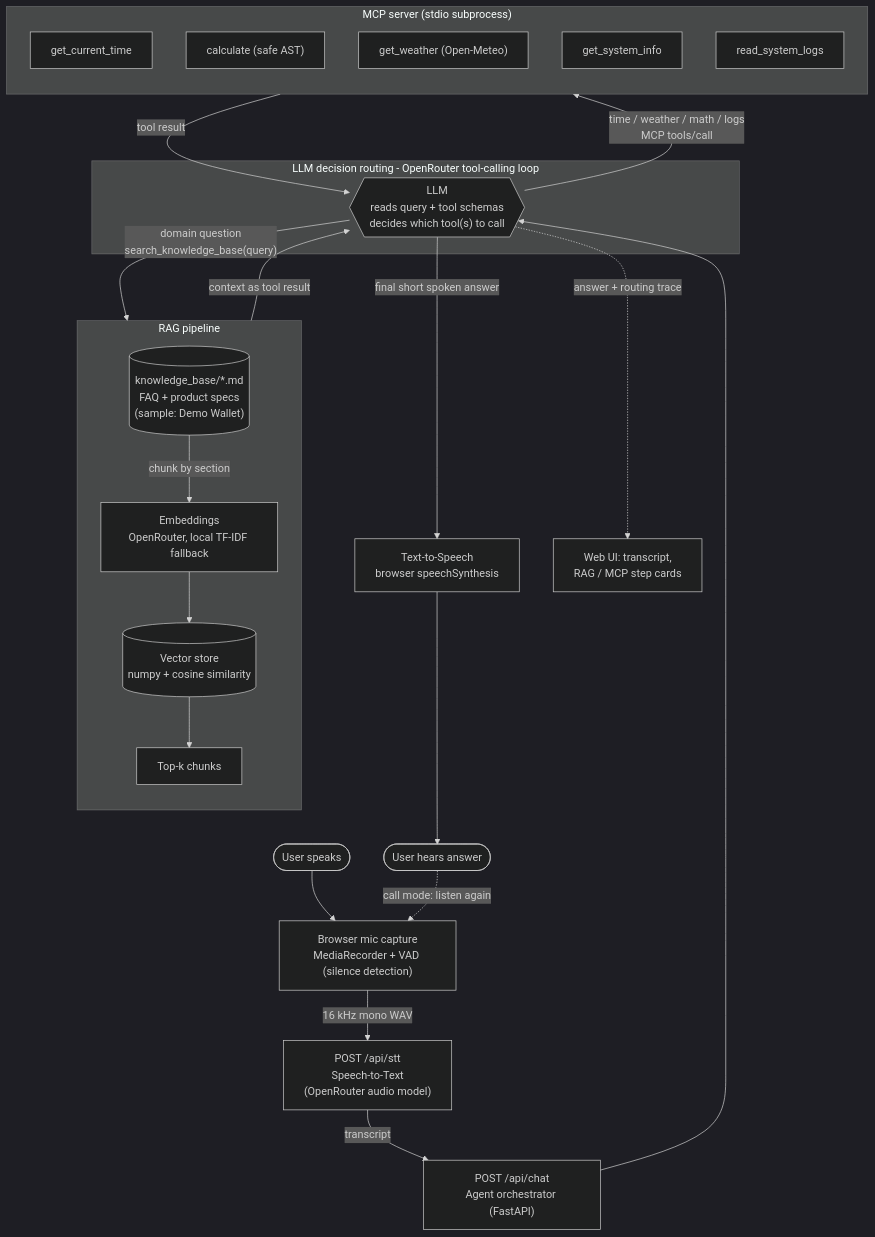
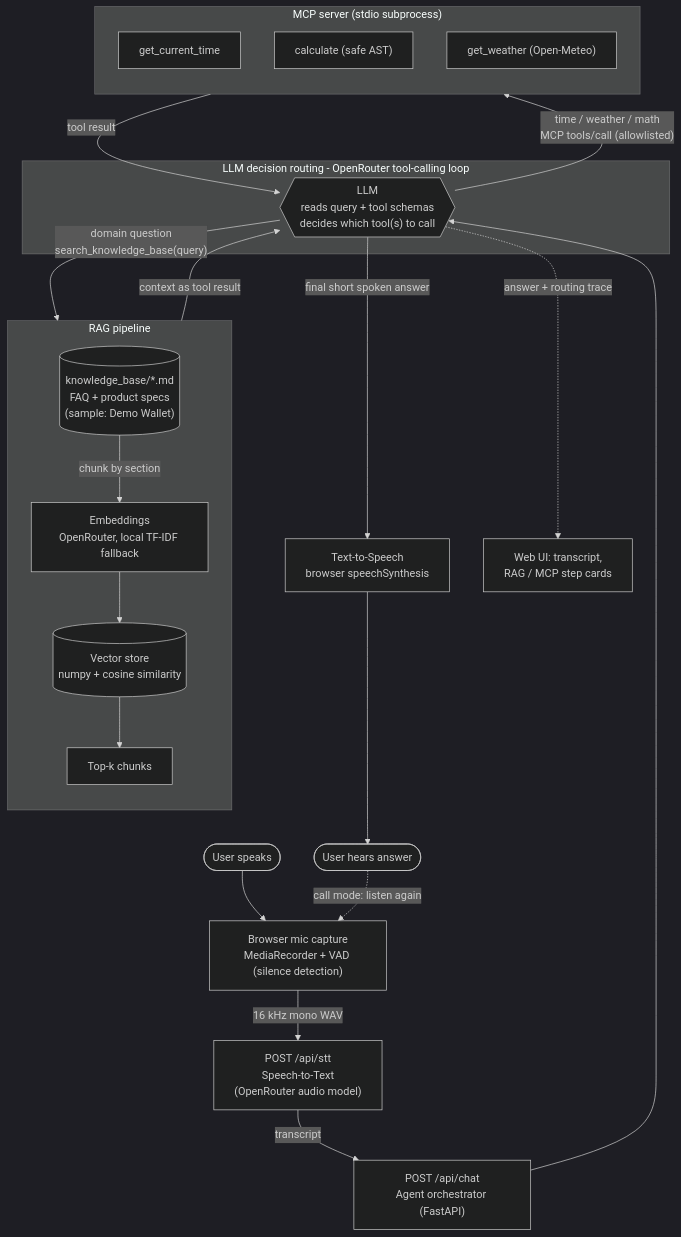
One commit to molshreepandey/kyte-Ai-agent changed the diagram in docs/HLD.md. Above: the diagram before and after it, drawn with Mermaid (dark theme). The commit also changed other lines of this file and 16 other files, not shown here.

````diff
--- a/docs/HLD.md
+++ b/docs/HLD.md
@@ -3,37 +3,35 @@
 ```mermaid
 flowchart TD
     U([User speaks]) --> MIC["Browser mic capture<br/>MediaRecorder + VAD (silence detection)"]
     MIC -->|"16 kHz mono WAV"| STT["POST /api/stt<br/>Speech-to-Text<br/>(OpenRouter audio model)"]
     STT -->|transcript| CHAT["POST /api/chat<br/>Agent orchestrator (FastAPI)"]
 
     subgraph BRAIN["LLM decision routing  -  OpenRouter tool-calling loop"]
         LLM{{"LLM<br/>reads query + tool schemas<br/>decides which tool(s) to call"}}
     end
     CHAT --> LLM
 
     LLM -->|"domain question<br/>search_knowledge_base(query)"| RAG
-    LLM -->|"time / weather / math / logs<br/>MCP tools/call"| MCP
+    LLM -->|"time / weather / math<br/>MCP tools/call (allowlisted)"| MCP
 
     subgraph RAG["RAG pipeline"]
         direction TB
         KB[("knowledge_base/*.md<br/>FAQ + product specs<br/>(sample: Demo Wallet)")] -->|"chunk by section"| EMB["Embeddings<br/>OpenRouter, local TF-IDF fallback"]
         EMB --> VS[("Vector store<br/>numpy + cosine similarity")]
         VS --> TOPK["Top-k chunks"]
     end
 
     subgraph MCP["MCP server (stdio subprocess)"]
         direction TB
         T1["get_current_time"]
         T2["calculate (safe AST)"]
         T3["get_weather (Open-Meteo)"]
-        T4["get_system_info"]
-        T5["read_system_logs"]
     end
 
     TOPK -->|"context as tool result"| LLM
     MCP -->|"tool result"| LLM
     LLM -->|"final short spoken answer"| TTS["Text-to-Speech<br/>browser speechSynthesis"]
     TTS --> OUT([User hears answer])
     LLM -.->|"answer + routing trace"| UI["Web UI: transcript,<br/>RAG / MCP step cards"]
     OUT -. "call mode: listen again" .-> MIC
 ```
````
